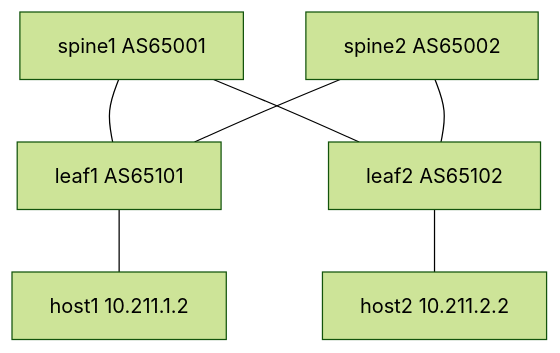
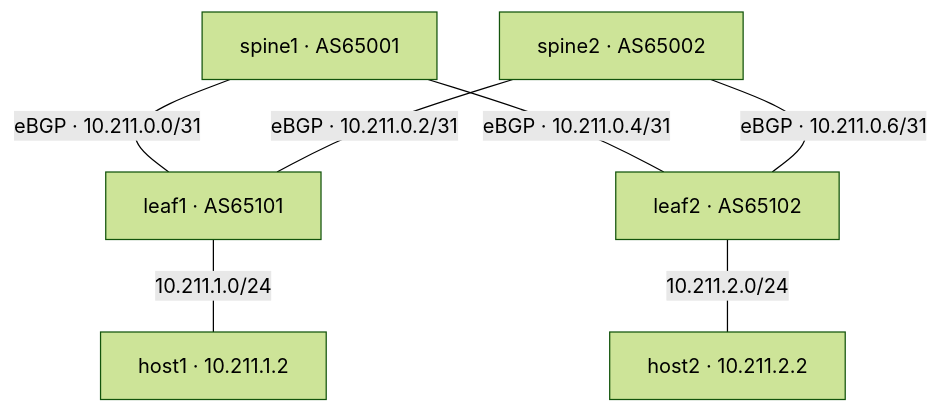
The diagram in full-l3-ip-clos/README.md (sugaf1204/infra-lab), drawn with Mermaid (forest theme) before and after one commit. The commit also changed other lines of this file and 4 other files, not shown here.

Commit message:
Keep network diagrams with each lab README

````diff
--- a/full-l3-ip-clos/README.md
+++ b/full-l3-ip-clos/README.md
@@ -5,13 +7,15 @@
 ```mermaid
 flowchart TB
-  S1[spine1 AS65001]
-  S2[spine2 AS65002]
-  L1[leaf1 AS65101]
-  L2[leaf2 AS65102]
-  S1 --- L1
-  S1 --- L2
-  S2 --- L1
-  S2 --- L2
-  L1 --- H1[host1 10.211.1.2]
-  L2 --- H2[host2 10.211.2.2]
+    S1["spine1 · AS65001"]
+    S2["spine2 · AS65002"]
+    L1["leaf1 · AS65101"]
+    L2["leaf2 · AS65102"]
+    H1["host1 · 10.211.1.2"]
+    H2["host2 · 10.211.2.2"]
+    S1 ---|"eBGP · 10.211.0.0/31"| L1
+    S2 ---|"eBGP · 10.211.0.2/31"| L1
+    S1 ---|"eBGP · 10.211.0.4/31"| L2
+    S2 ---|"eBGP · 10.211.0.6/31"| L2
+    L1 ---|"10.211.1.0/24"| H1
+    L2 ---|"10.211.2.0/24"| H2
 ```
````
